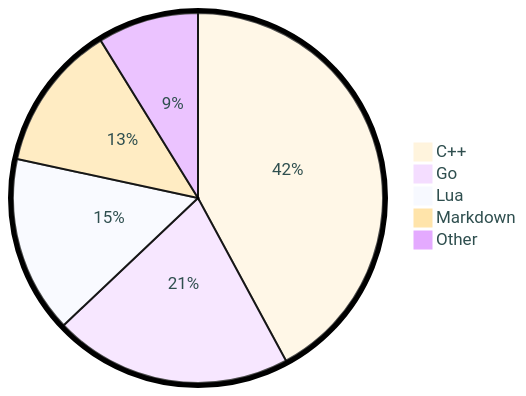
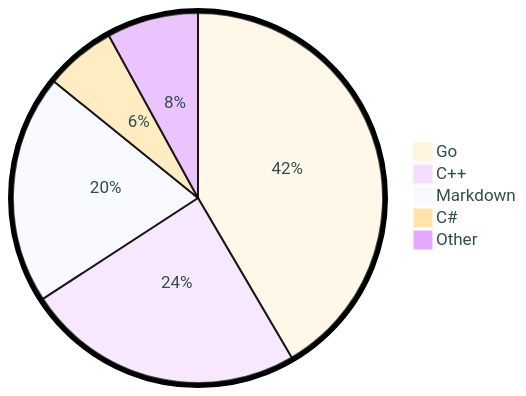
The diagram in README.md (tot0p/tot0p), drawn with Mermaid before and after one commit. The commit also changed other lines of this file, not shown here.

````diff
--- a/README.md
+++ b/README.md
@@ -79,9 +80,9 @@
 ```mermaid
 %%{init: {"pie": {"textPosition": 0.5}, "themeVariables": {"pieOuterStrokeWidth": "5px","primaryTextColor" : "#2F4F4F"},"theme":"base"} }%%
 pie
-	"C++": 42.11
-	"Go": 20.82
-	"Lua": 15.45
-	"Markdown": 12.81
-	"Other": 8.809999999999999
+	"Go": 41.54
+	"C++": 24.27
+	"Markdown": 20.0
+	"C#": 6.18
+	"Other": 7.989999999999999
 ```
````
